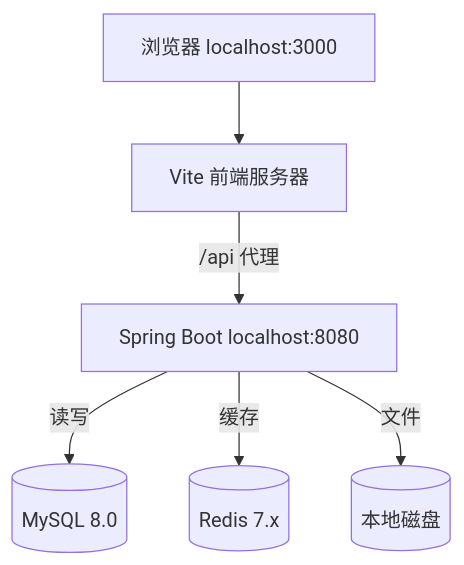
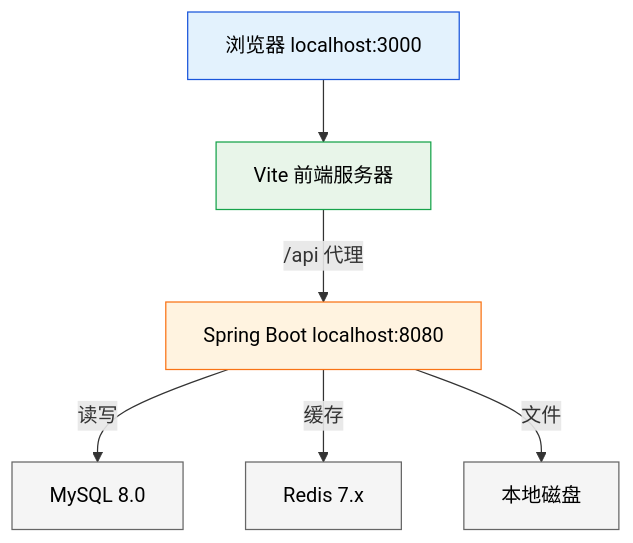
The first of 6 diagrams in doc/architecture.md (spider-freedom/enrollment-platform), drawn with Mermaid before and after one commit.

Commit message:
docs: 第一张图数据库节点换方形白底-style显式控制颜色

````diff
--- a/doc/architecture.md
+++ b/doc/architecture.md
@@ -11,16 +11,22 @@
 ```mermaid
-%%{init: {'theme': 'default'}}%%
 flowchart TB
     Browser["浏览器 localhost:3000"]
     Vite["Vite 前端服务器"]
     Backend["Spring Boot localhost:8080"]
-    MySQL[("MySQL 8.0")]
-    Redis[("Redis 7.x")]
-    Disk[("本地磁盘")]
+    MySQL["MySQL 8.0"]
+    Redis["Redis 7.x"]
+    Disk["本地磁盘"]
 
     Browser --> Vite
     Vite -->|"/api 代理"| Backend
     Backend -->|"读写"| MySQL
     Backend -->|"缓存"| Redis
     Backend -->|"文件"| Disk
+
+    style Browser fill:#e3f2fd,stroke:#1a56db,color:#000
+    style Vite fill:#e8f5e9,stroke:#16a34a,color:#000
+    style Backend fill:#fff3e0,stroke:#f97316,color:#000
+    style MySQL fill:#f5f5f5,stroke:#666,color:#000
+    style Redis fill:#f5f5f5,stroke:#666,color:#000
+    style Disk fill:#f5f5f5,stroke:#666,color:#000
 ```
````
